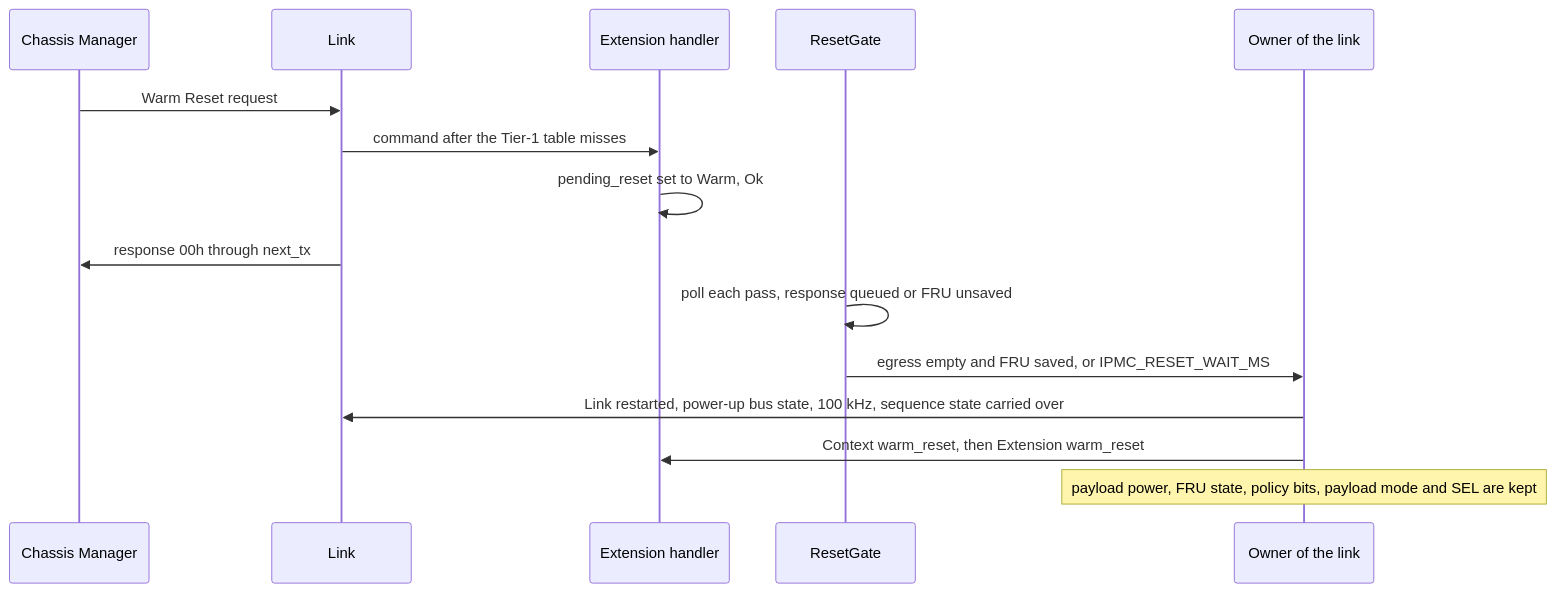
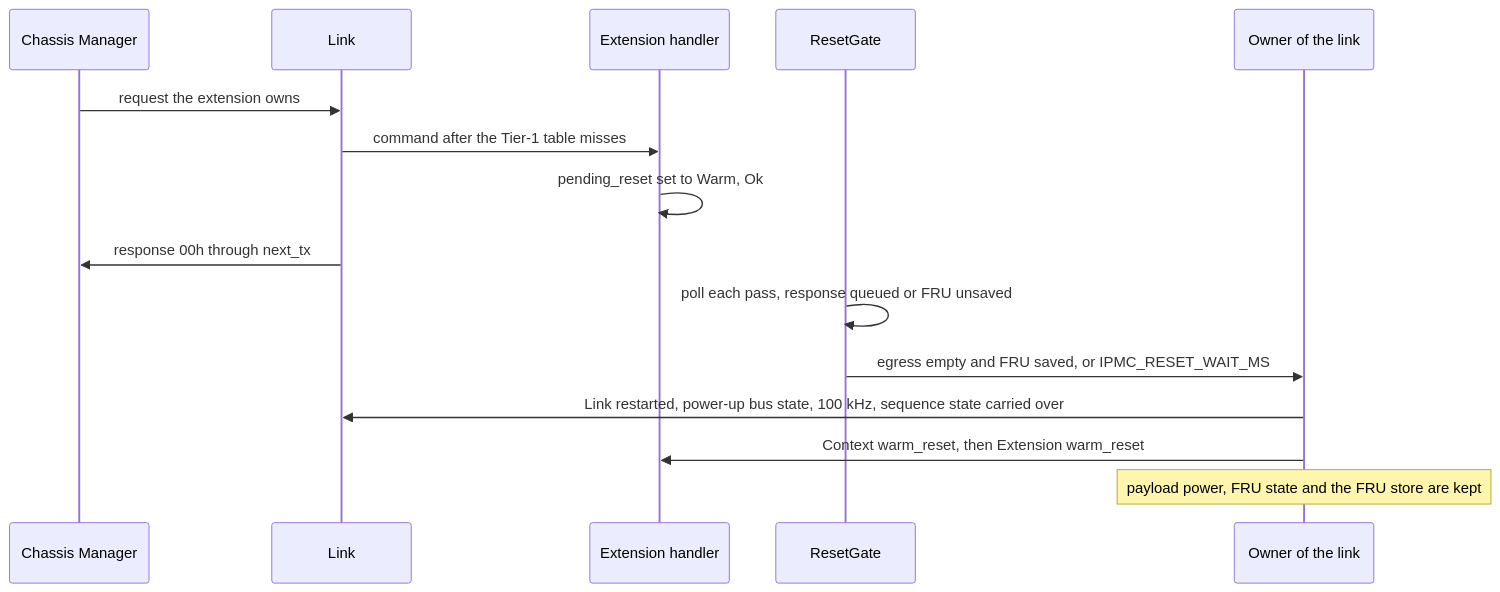
One commit to ironkernel01/IPMIRustFRU changed the second of 11 diagrams in Documentation/ipmc_software_spec.md. Above: the diagram before and after it, drawn with Mermaid. The commit also changed other lines of this file and 14 other files, not shown here.

````diff
--- a/Documentation/ipmc_software_spec.md
+++ b/Documentation/ipmc_software_spec.md
@@ -1771,17 +1963,17 @@
 ```mermaid
 sequenceDiagram
     participant CM as Chassis Manager
     participant LNK as Link
     participant X as Extension handler
     participant G as ResetGate
     participant O as Owner of the link
-    CM->>LNK: Warm Reset request
+    CM->>LNK: request the extension owns
     LNK->>X: command after the Tier-1 table misses
     X->>X: pending_reset set to Warm, Ok
     LNK->>CM: response 00h through next_tx
     G->>G: poll each pass, response queued or FRU unsaved
     G->>O: egress empty and FRU saved, or IPMC_RESET_WAIT_MS
     O->>LNK: Link restarted, power-up bus state, 100 kHz, sequence state carried over
     O->>X: Context warm_reset, then Extension warm_reset
-    Note over O: payload power, FRU state, policy bits, payload mode and SEL are kept
+    Note over O: payload power, FRU state and the FRU store are kept
 ```
````
